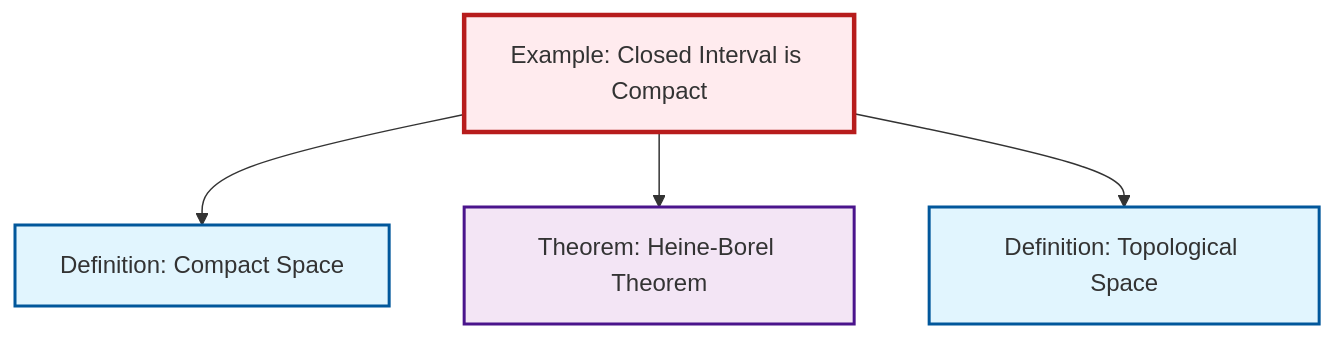
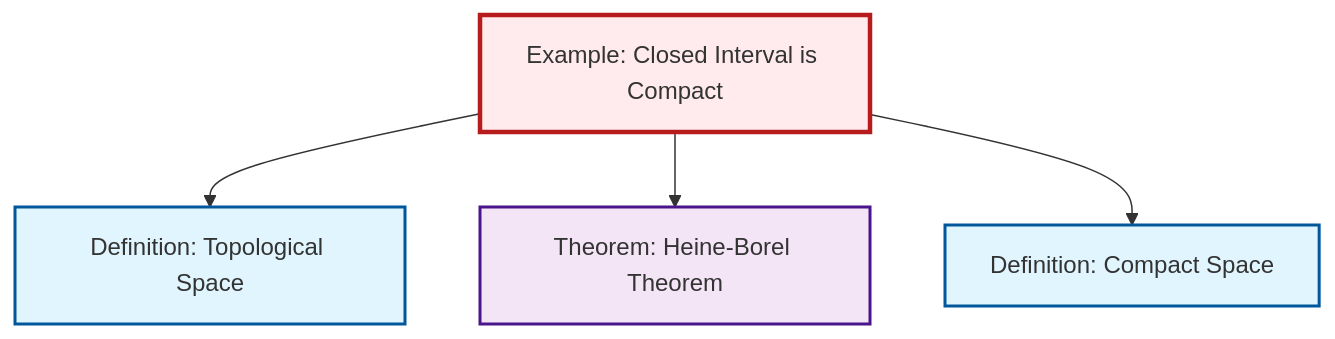
One commit to RK0429/ModernMath changed the diagram in content/ja/topology/ex-closed-interval-compact.qmd. Above: the diagram before and after it, drawn with Mermaid. The commit also changed other lines of this file and 474 other files, not shown here.

````diff
--- a/content/ja/topology/ex-closed-interval-compact.qmd
+++ b/content/ja/topology/ex-closed-interval-compact.qmd
@@ -55,20 +55,20 @@
 ```{mermaid}
 %%| fig-cap: "Local dependency graph"
 graph TD
     classDef definition fill:#e1f5fe,stroke:#01579b,stroke-width:2px
     classDef theorem fill:#f3e5f5,stroke:#4a148c,stroke-width:2px
     classDef axiom fill:#fff3e0,stroke:#e65100,stroke-width:2px
     classDef example fill:#e8f5e9,stroke:#1b5e20,stroke-width:2px
     classDef current fill:#ffebee,stroke:#b71c1c,stroke-width:3px
+    thm-heine-borel["Theorem: Heine-Borel Theorem"]:::theorem
+    def-topological-space["Definition: Topological Space"]:::definition
     ex-closed-interval-compact["Example: Closed Interval is Compact"]:::example
-    def-topological-space["Definition: Topological Space"]:::definition
-    thm-heine-borel["Theorem: Heine-Borel Theorem"]:::theorem
     def-compact["Definition: Compact Space"]:::definition
+    ex-closed-interval-compact --> def-topological-space
+    ex-closed-interval-compact --> thm-heine-borel
     ex-closed-interval-compact --> def-compact
-    ex-closed-interval-compact --> thm-heine-borel
-    ex-closed-interval-compact --> def-topological-space
     class ex-closed-interval-compact current
+    click thm-heine-borel "thm-heine-borel.html" "Theorem: Heine-Borel Theoremへ"
     click def-topological-space "def-topological-space.html" "Definition: Topological Spaceへ"
-    click thm-heine-borel "thm-heine-borel.html" "Theorem: Heine-Borel Theoremへ"
     click def-compact "def-compact.html" "Definition: Compact Spaceへ"
 ```
````
